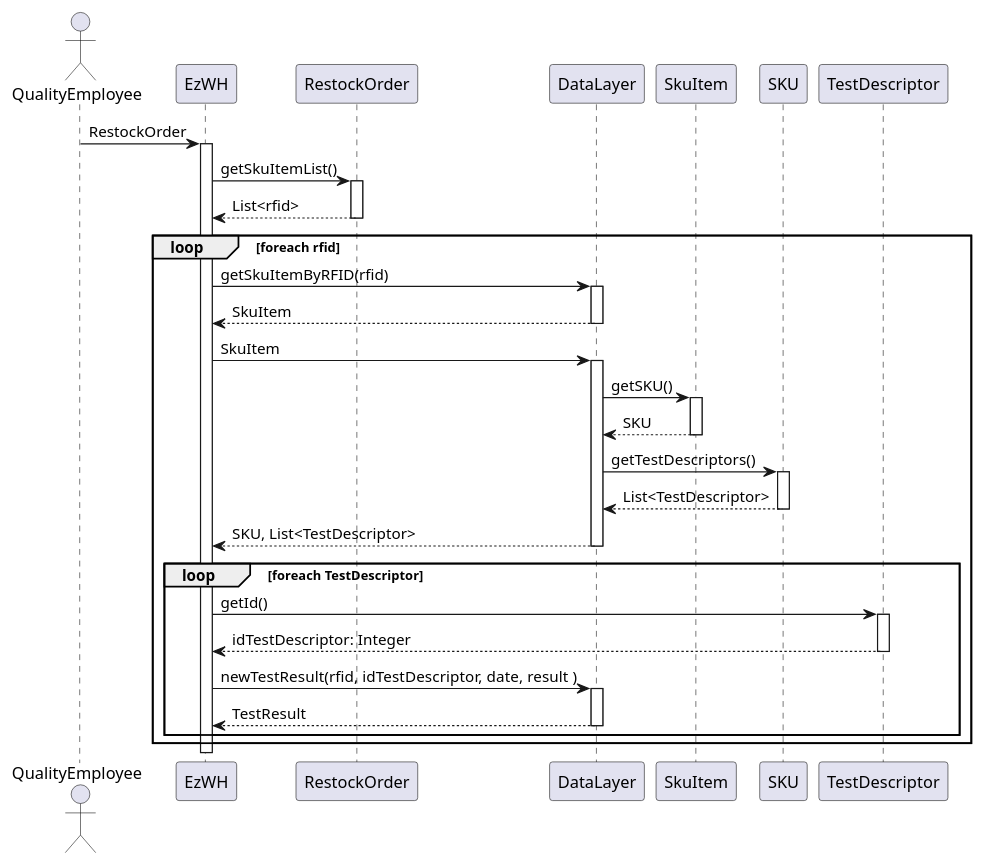
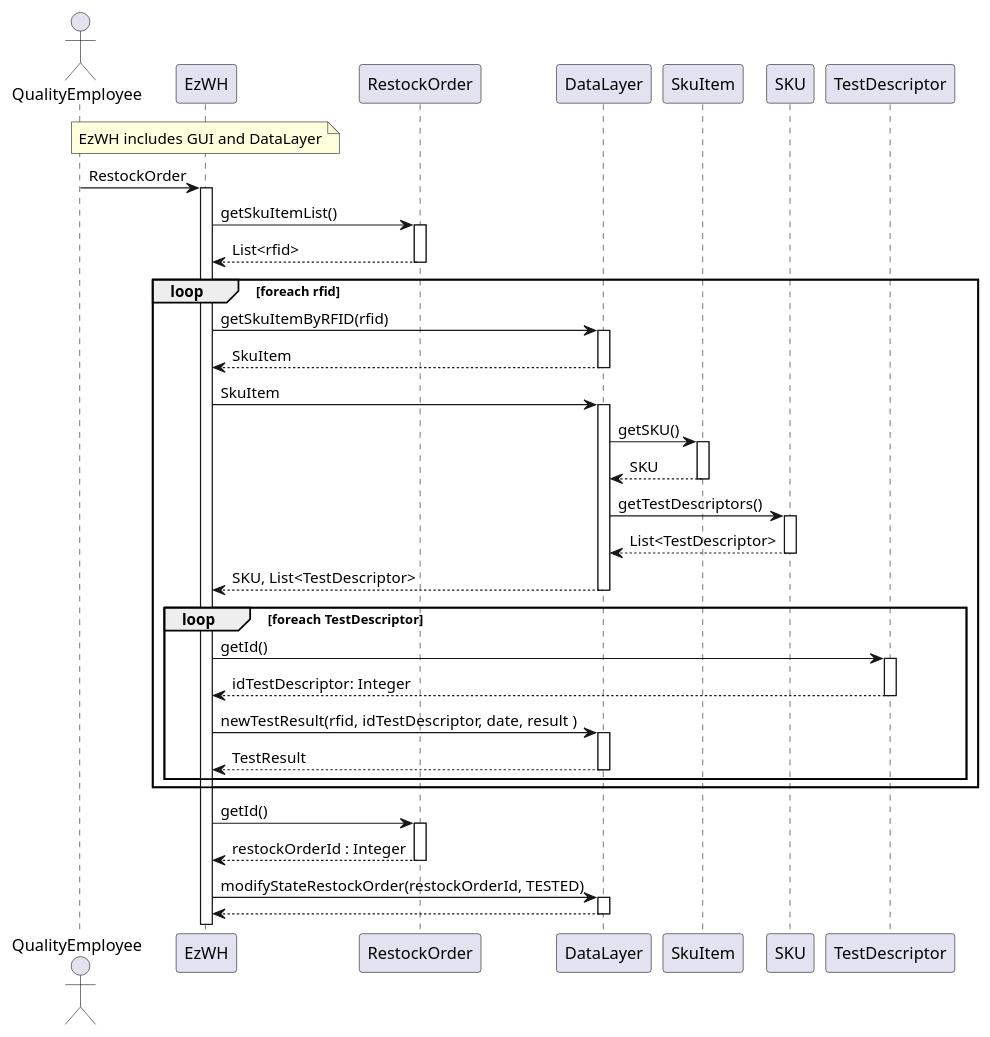
One commit to LucaFilippetti99/EzWh---Software-engineering-project changed the fourth of 6 diagrams in DesignDocument.md. Above: the diagram before and after it, drawn with PlantUML. The commit also changed other lines of this file, not shown here.

Commit message:
Added Scenario 10-1 to sequence diagrams, fixed package diagram

````diff
--- a/DesignDocument.md
+++ b/DesignDocument.md
@@ -164,45 +162,53 @@
 ```plantuml
 
 actor QualityEmployee
-
+note over EzWH : EzWH includes GUI and DataLayer
 QualityEmployee -> EzWH : RestockOrder
 activate EzWH
 
 EzWH -> RestockOrder : getSkuItemList()
 activate RestockOrder
 return List<rfid>
 
 loop foreach rfid
 
 EzWH -> DataLayer : getSkuItemByRFID(rfid)
 activate DataLayer
 return SkuItem
 
 EzWH -> DataLayer : SkuItem
 activate DataLayer
 
 DataLayer -> SkuItem : getSKU()
 activate SkuItem
 return SKU
 
 DataLayer -> SKU : getTestDescriptors()
 activate SKU
 return List<TestDescriptor>
 
 return SKU, List<TestDescriptor>
 
 loop foreach TestDescriptor
 
 EzWH -> TestDescriptor : getId()
 activate TestDescriptor
 return idTestDescriptor: Integer
 
 
 EzWH -> DataLayer : newTestResult(rfid, idTestDescriptor, date, result )
 activate DataLayer
 return TestResult
 
 end
 
 end
+
+EzWH -> RestockOrder : getId()
+activate RestockOrder
+return restockOrderId : Integer
+
+EzWH -> DataLayer : modifyStateRestockOrder(restockOrderId, TESTED)
+activate DataLayer
+return 
 ```
````
